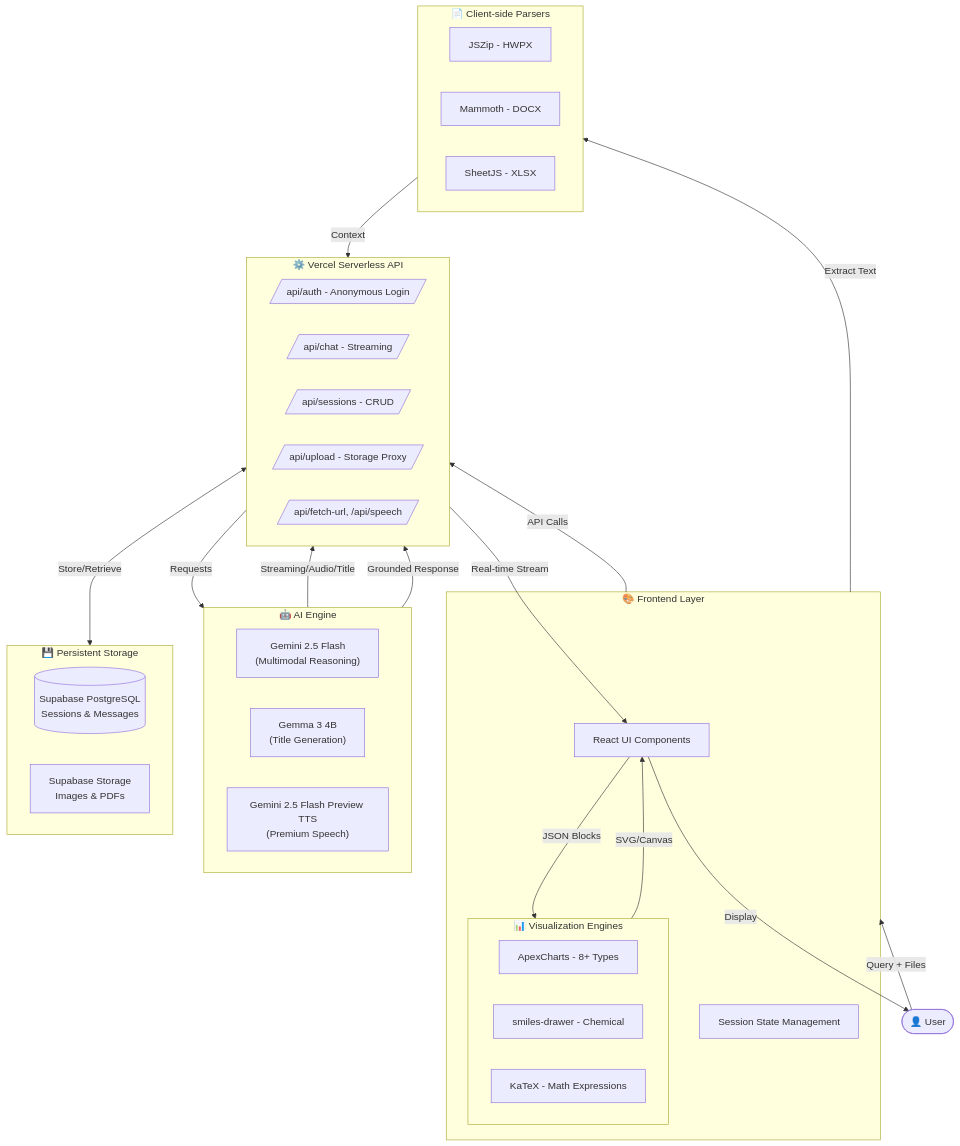
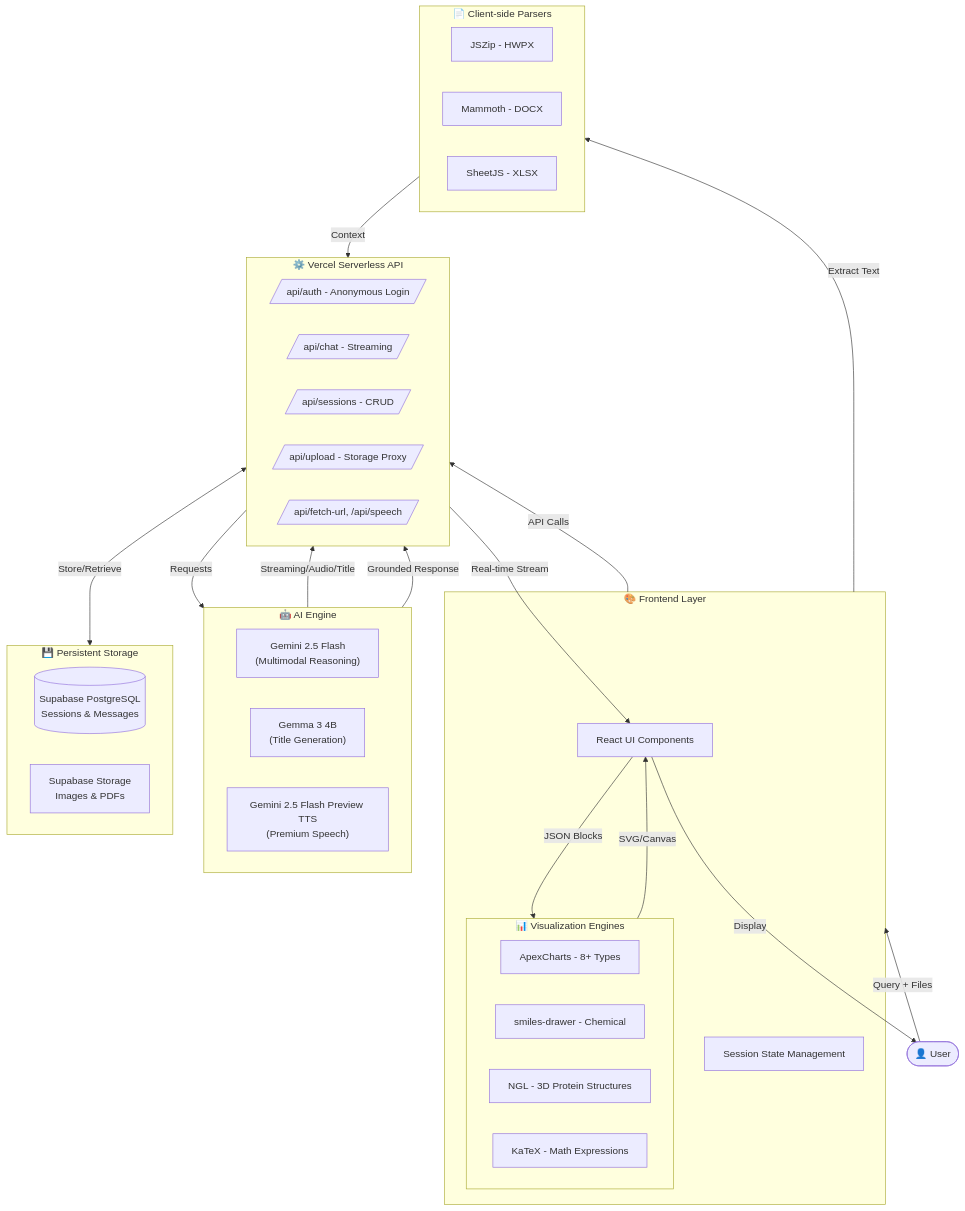
Before and after one commit to jpjp92/chat-agent: the diagram in README.md, drawn with Mermaid. The commit also changed other lines of this file and 6 other files, not shown here.

````diff
--- a/README.md
+++ b/README.md
@@ -43,52 +47,53 @@
 ```mermaid
 flowchart TB
     User([👤 User])
     
     subgraph Frontend["🎨 Frontend Layer"]
         UI[React UI Components]
         subgraph Viz["📊 Visualization Engines"]
             Apex[ApexCharts - 8+ Types]
             SMILES[smiles-drawer - Chemical]
+            NGL[NGL - 3D Protein Structures]
             KaTeX[KaTeX - Math Expressions]
         end
         State[Session State Management]
     end
     
     subgraph Backend["⚙️ Vercel Serverless API"]
         Auth[/api/auth - Anonymous Login/]
         Chat[/api/chat - Streaming/]
         Sessions[/api/sessions - CRUD/]
         Upload[/api/upload - Storage Proxy/]
         Tools[/api/fetch-url, /api/speech/]
     end
     
     subgraph AI["🤖 AI Engine"]
         Gemini["Gemini 2.5 Flash<br/>(Multimodal Reasoning)"]
         Gemma["Gemma 3 4B<br/>(Title Generation)"]
         TTS["Gemini 2.5 Flash Preview TTS<br/>(Premium Speech)"]
     end
     
     subgraph Storage["💾 Persistent Storage"]
         DB[(Supabase PostgreSQL<br/>Sessions & Messages)]
         Files[Supabase Storage<br/>Images & PDFs]
     end
     
     subgraph Parser["📄 Client-side Parsers"]
         HWPX[JSZip - HWPX]
         DOCX[Mammoth - DOCX]
         XLSX[SheetJS - XLSX]
     end
     
     User -->|Query + Files| Frontend
     Frontend -->|API Calls| Backend
     Backend -->|Requests| AI
     AI -->|Streaming/Audio/Title| Backend
     Backend <-->|Store/Retrieve| Storage
     Frontend -->|Extract Text| Parser
     Parser -->|Context| Backend
     AI -->|Grounded Response| Backend
     Backend -->|Real-time Stream| UI
     UI -->|JSON Blocks| Viz
     Viz -->|SVG/Canvas| UI
     UI -->|Display| User
 ```
````
